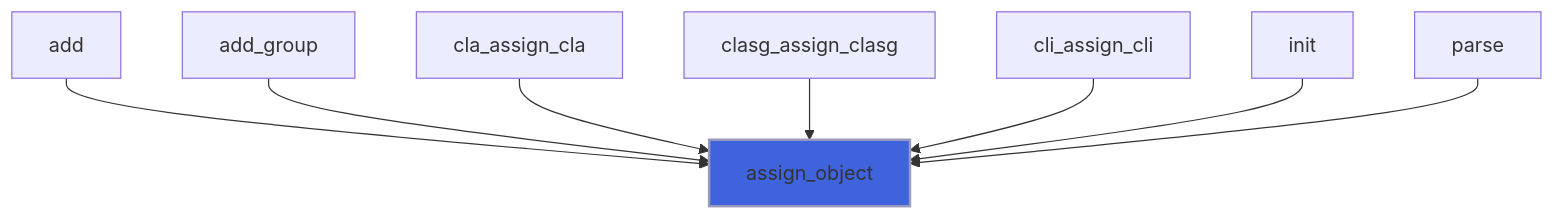
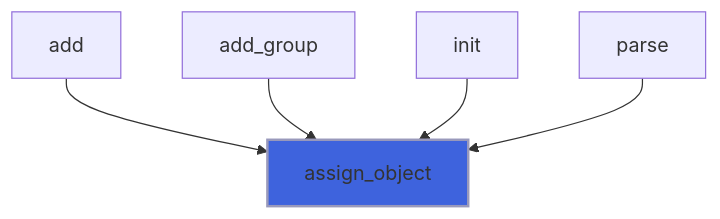
Before and after one commit to szaghi/FLAP: the seventh of 8 diagrams in docs/api/src/lib/flap_object_t.md, drawn with Mermaid. The commit also changed other lines of this file and 17 other files, not shown here.

````diff
--- a/docs/api/src/lib/flap_object_t.md
+++ b/docs/api/src/lib/flap_object_t.md
@@ -197,11 +202,8 @@
 ```mermaid
 flowchart TD
   add["add"] --> assign_object["assign_object"]
   add_group["add_group"] --> assign_object["assign_object"]
-  cla_assign_cla["cla_assign_cla"] --> assign_object["assign_object"]
-  clasg_assign_clasg["clasg_assign_clasg"] --> assign_object["assign_object"]
-  cli_assign_cli["cli_assign_cli"] --> assign_object["assign_object"]
   init["init"] --> assign_object["assign_object"]
   parse["parse"] --> assign_object["assign_object"]
   style assign_object fill:#3e63dd,stroke:#99b,stroke-width:2px
 ```
````
